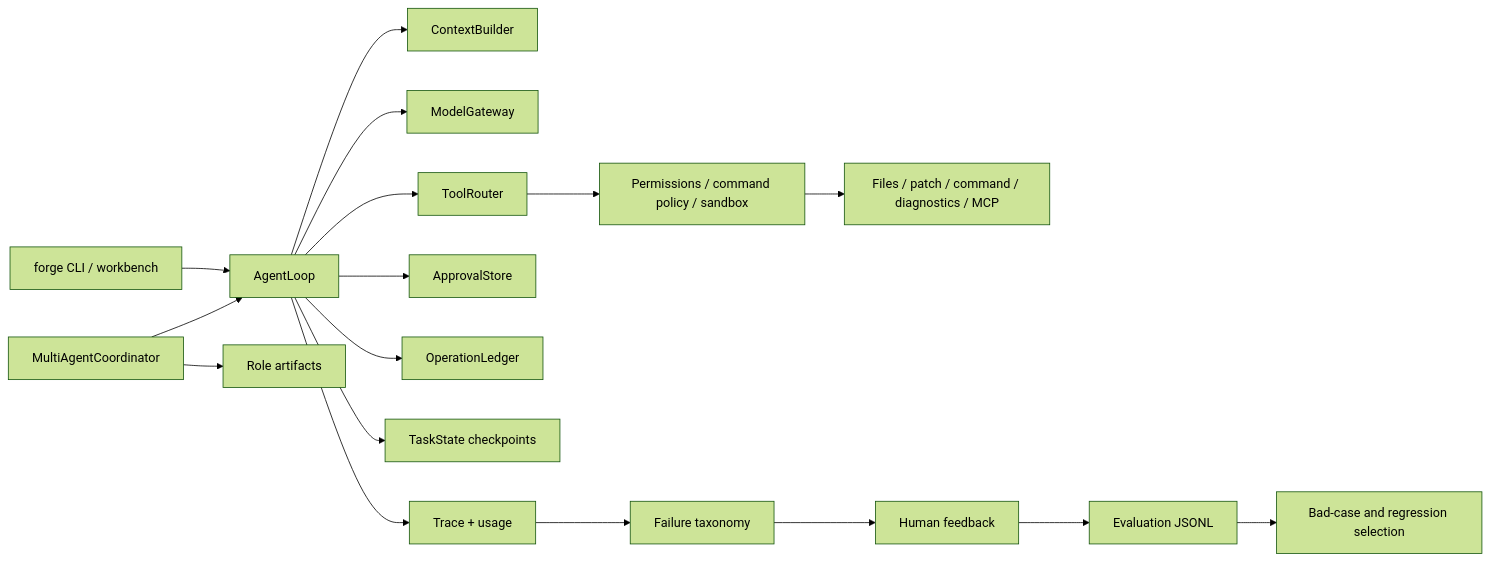
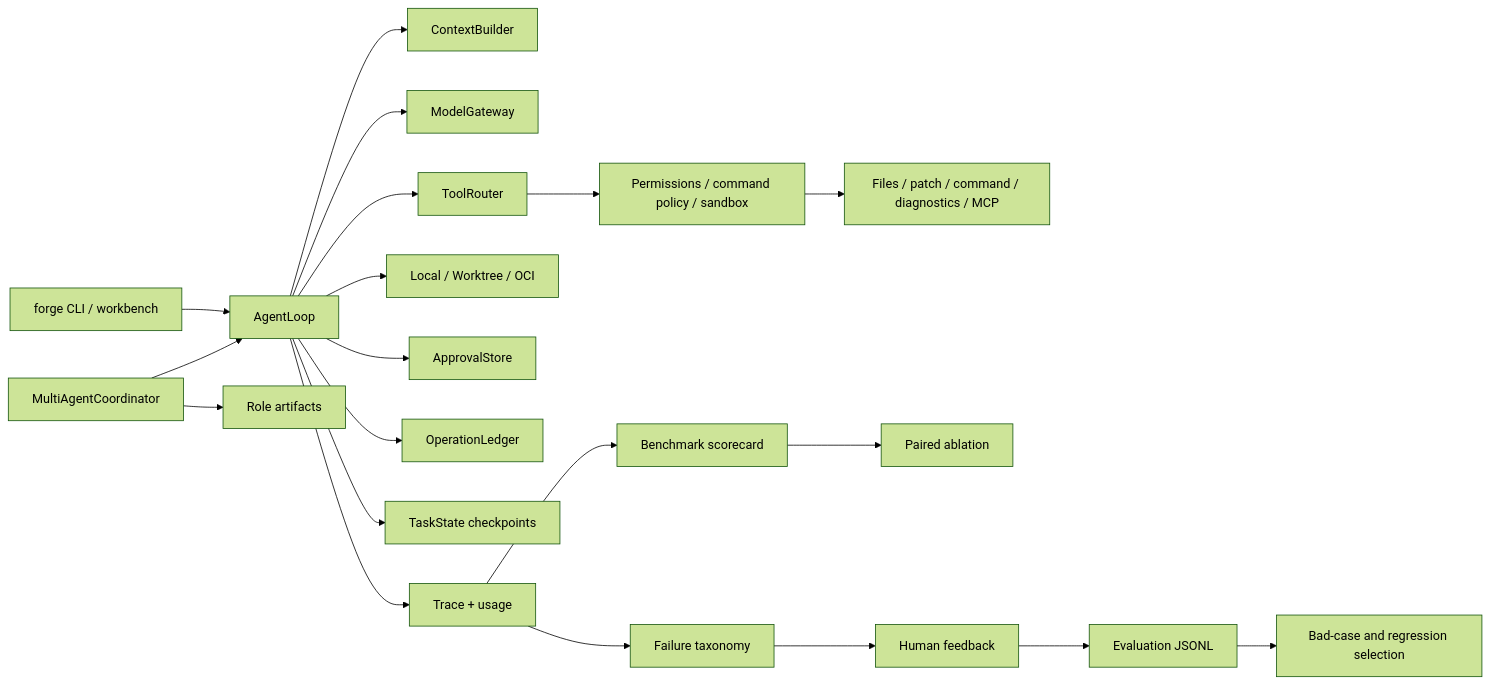
The diagram in docs/architecture/runtime-capability-guide.md (semi-hollow/NanoHarness), drawn with Mermaid (forest theme) before and after one commit. The commit also changed other lines of this file and 49 other files, not shown here.

````diff
--- a/docs/architecture/runtime-capability-guide.md
+++ b/docs/architecture/runtime-capability-guide.md
@@ -8,19 +8,22 @@
 ```mermaid
 flowchart LR
     CLI["forge CLI / workbench"] --> Loop["AgentLoop"]
     Loop --> Context["ContextBuilder"]
     Loop --> Model["ModelGateway"]
     Loop --> Router["ToolRouter"]
+    Loop --> Environment["Local / Worktree / OCI"]
     Router --> Policy["Permissions / command policy / sandbox"]
     Policy --> Tools["Files / patch / command / diagnostics / MCP"]
     Loop --> Approval["ApprovalStore"]
     Loop --> Ledger["OperationLedger"]
     Loop --> State["TaskState checkpoints"]
     Loop --> Trace["Trace + usage"]
     Coordinator["MultiAgentCoordinator"] --> Loop
     Coordinator --> Artifacts["Role artifacts"]
     Trace --> Diagnosis["Failure taxonomy"]
+    Trace --> Scorecard["Benchmark scorecard"]
+    Scorecard --> Ablation["Paired ablation"]
     Diagnosis --> Feedback["Human feedback"]
     Feedback --> Dataset["Evaluation JSONL"]
     Dataset --> Regression["Bad-case and regression selection"]
 ```
````
